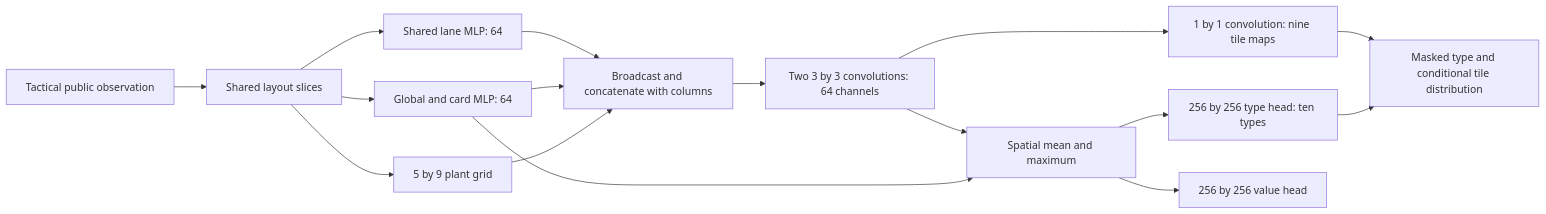
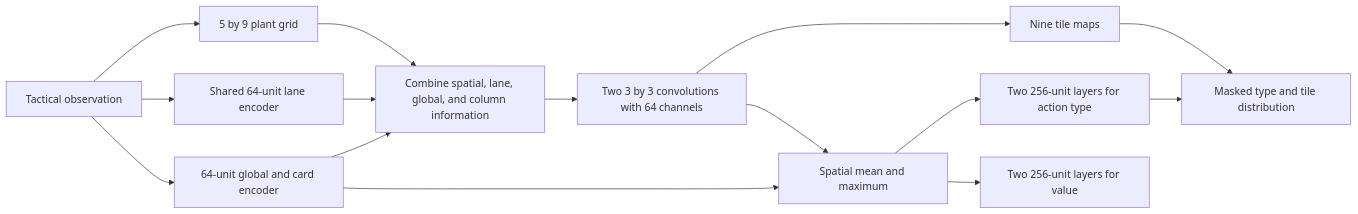
Before and after one commit to Comb1e/RL-Pvz: the second of 5 diagrams in docs/architecture.md, drawn with Mermaid. The commit also changed other lines of this file and 49 other files, not shown here.

````diff
--- a/docs/architecture.md
+++ b/docs/architecture.md
@@ -47,18 +69,17 @@
 ```mermaid
 flowchart LR
-    Obs[Tactical public observation] --> Unpack[Shared layout slices]
-    Unpack --> Lane[Shared lane MLP: 64]
-    Unpack --> Global[Global and card MLP: 64]
-    Unpack --> Plants[5 by 9 plant grid]
-    Lane --> Board[Broadcast and concatenate with columns]
+    Obs[Tactical observation] --> Plants[5 by 9 plant grid]
+    Obs --> Lane[Shared 64-unit lane encoder]
+    Obs --> Global[64-unit global and card encoder]
+    Plants --> Board[Combine spatial, lane, global, and column information]
+    Lane --> Board
     Global --> Board
-    Plants --> Board
-    Board --> Conv[Two 3 by 3 convolutions: 64 channels]
-    Conv --> Tile[1 by 1 convolution: nine tile maps]
+    Board --> Conv[Two 3 by 3 convolutions with 64 channels]
+    Conv --> Tiles[Nine tile maps]
     Conv --> Pool[Spatial mean and maximum]
     Global --> Pool
-    Pool --> Type[256 by 256 type head: ten types]
-    Pool --> Value[256 by 256 value head]
-    Tile --> Joint[Masked type and conditional tile distribution]
-    Type --> Joint
+    Pool --> Types[Two 256-unit layers for action type]
+    Pool --> Value[Two 256-unit layers for value]
+    Tiles --> Choice[Masked type and tile distribution]
+    Types --> Choice
 ```
````
